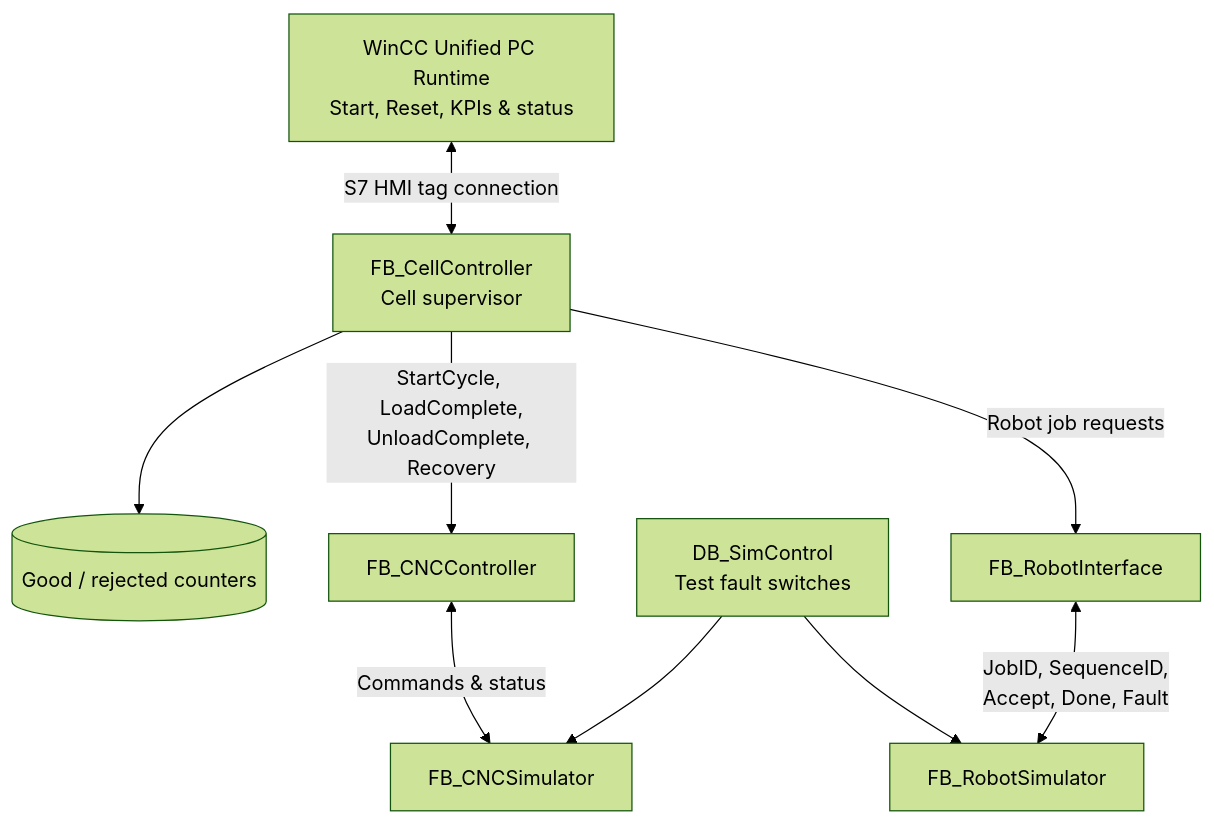
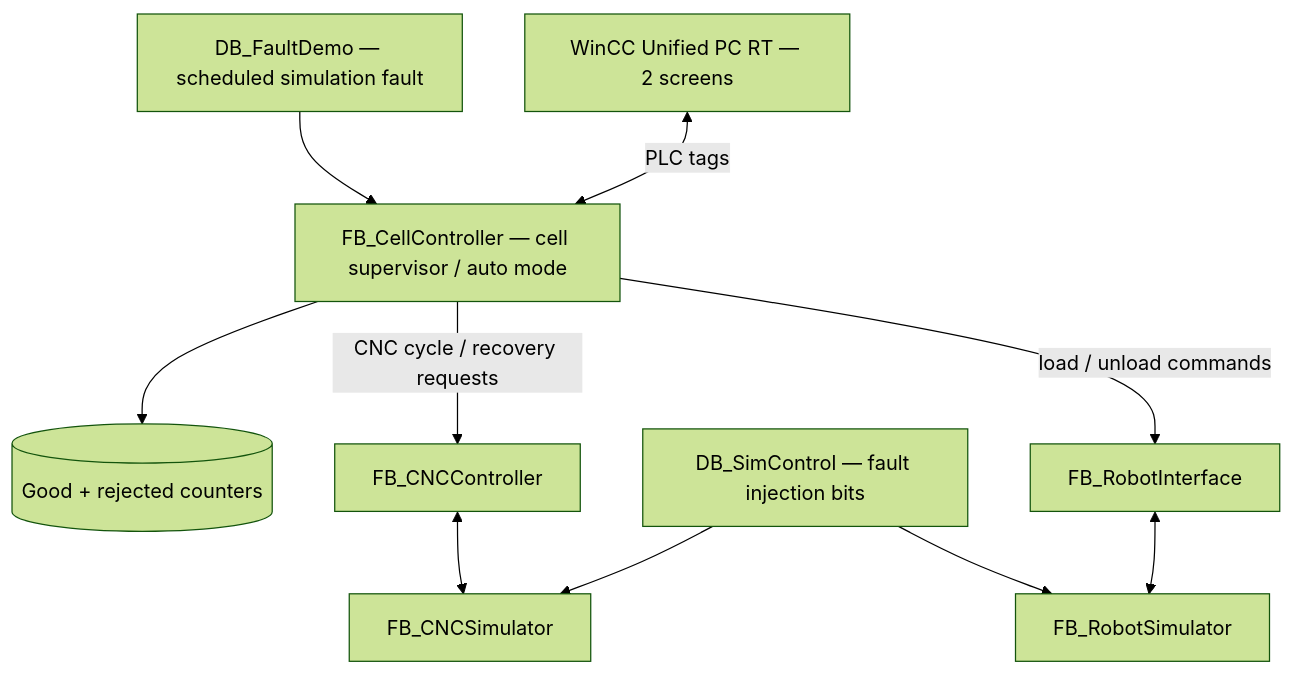
Before and after one commit to Prathap20/siemens-s7-1500-robotic-cnc-cell: the diagram in README.md, drawn with Mermaid (forest theme). The commit also changed other lines of this file and 36 other files, not shown here.

First line of the commit message:
feat: add automatic production, fault injection and recovery (v1.1)

````diff
--- a/README.md
+++ b/README.md
@@ -27,11 +43,12 @@
 ```mermaid
-flowchart TD
- H[WinCC Unified PC Runtime<br/>Start, Reset, KPIs & status] <-->|S7 HMI tag connection| C[FB_CellController<br/>Cell supervisor]
- C -->|Robot job requests| RI[FB_RobotInterface]
- RI <-->|JobID, SequenceID,<br/>Accept, Done, Fault| RS[FB_RobotSimulator]
- C -->|StartCycle, LoadComplete,<br/>UnloadComplete, Recovery| CC[FB_CNCController]
- CC <-->|Commands & status| CS[FB_CNCSimulator]
- S[DB_SimControl<br/>Test fault switches] --> RS
- S --> CS
- C --> Q[(Good / rejected counters)]
+flowchart TB
+ HMI[WinCC Unified PC RT — 2 screens] <-->|PLC tags| CELL[FB_CellController — cell supervisor / auto mode]
+ CELL -->|load / unload commands| RI[FB_RobotInterface]
+ RI <--> R[FB_RobotSimulator]
+ CELL -->|CNC cycle / recovery requests| CC[FB_CNCController]
+ CC <--> C[FB_CNCSimulator]
+ FD[DB_FaultDemo — scheduled simulation fault] --> CELL
+ SIM[DB_SimControl — fault injection bits] --> R
+ SIM --> C
+ CELL --> CNT[(Good + rejected counters)]
 ```
````
